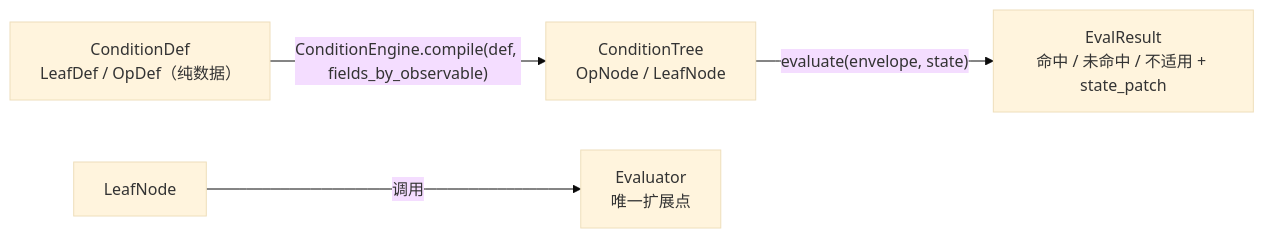
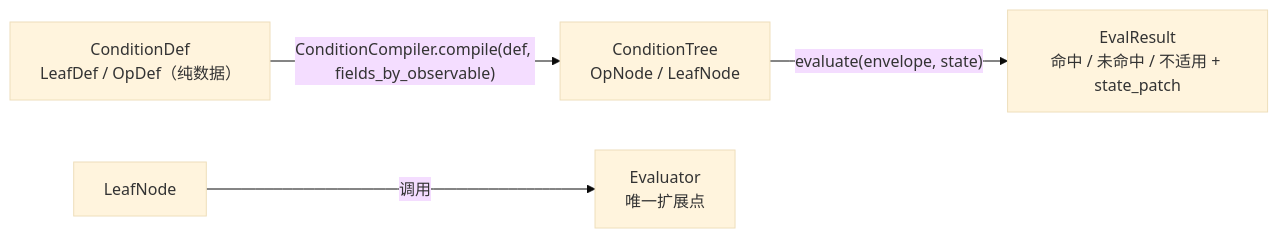
One commit to Jeromexsu/Orion changed the fifth of 5 diagrams in README.md. Above: the diagram before and after it, drawn with Mermaid (base theme). The commit also changed other lines of this file and 11 other files, not shown here.

First line of the commit message:
refactor(condition-engine): rename ConditionEngine to ConditionCompiler

````diff
--- a/README.md
+++ b/README.md
@@ -136,6 +136,6 @@
 ```mermaid
 graph LR
-  CD["ConditionDef<br/>LeafDef / OpDef（纯数据）"] -->|"ConditionEngine.compile(def, fields_by_observable)"| CT["ConditionTree<br/>OpNode / LeafNode"]
+  CD["ConditionDef<br/>LeafDef / OpDef（纯数据）"] -->|"ConditionCompiler.compile(def, fields_by_observable)"| CT["ConditionTree<br/>OpNode / LeafNode"]
   CT -->|"evaluate(envelope, state)"| ER["EvalResult<br/>命中 / 未命中 / 不适用 + state_patch"]
   LN["LeafNode"] -->|调用| EV["Evaluator<br/>唯一扩展点"]
 ```
````
